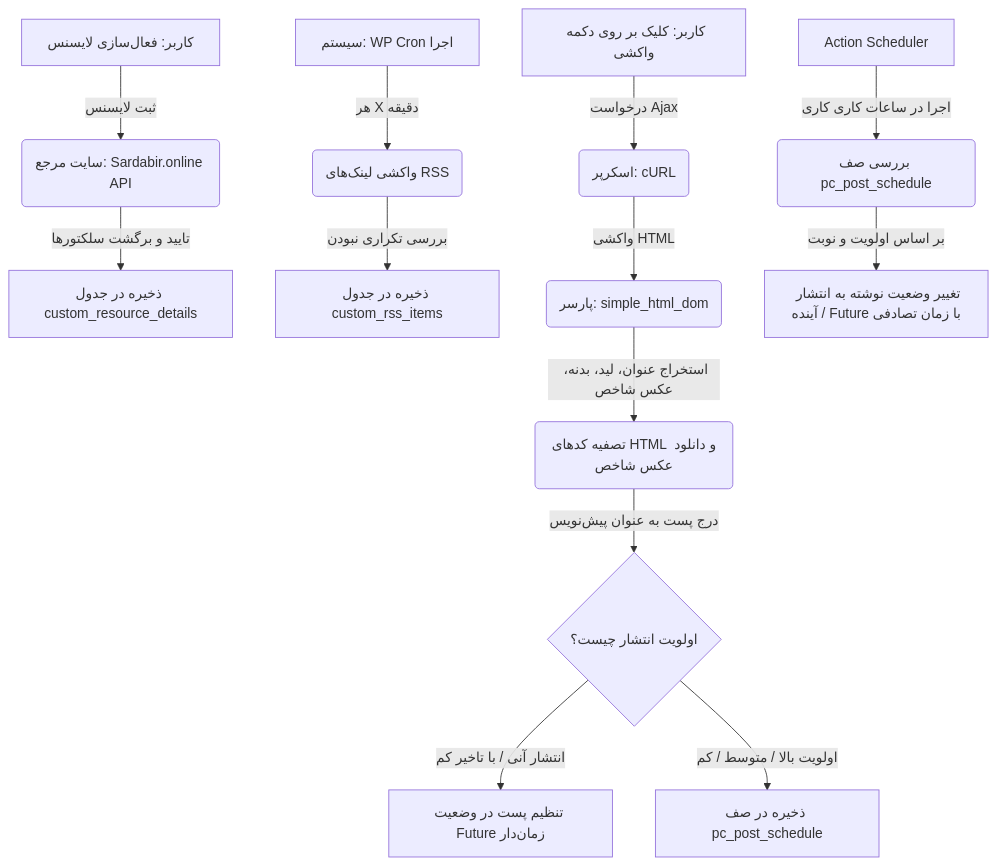
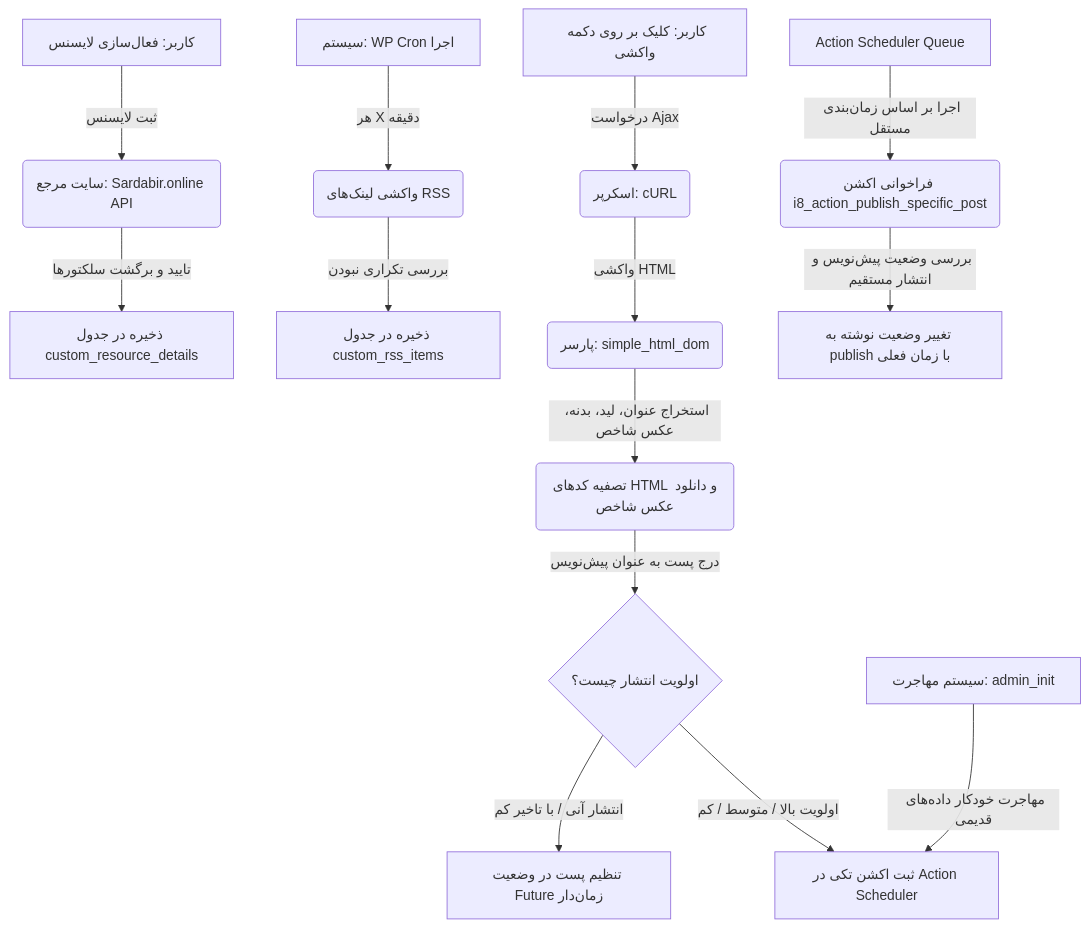
Before and after one commit to alimousavi68/dastyar-nasher: the diagram in README.md, drawn with Mermaid. The commit also changed other lines of this file and 9 other files, not shown here.

````diff
--- a/README.md
+++ b/README.md
@@ -104,19 +105,21 @@
 ```mermaid
 graph TD
     A[کاربر: فعال‌سازی لایسنس] -->|ثبت لایسنس| B(سایت مرجع: Sardabir.online API)
     B -->|تایید و برگشت سلکتورها| C[ذخیره در جدول custom_resource_details]
     
     D[سیستم: WP Cron اجرا] -->|هر X دقیقه| E(واکشی لینک‌های RSS)
     E -->|بررسی تکراری نبودن| F[ذخیره در جدول custom_rss_items]
     
     G[کاربر: کلیک بر روی دکمه واکشی] -->|درخواست Ajax| H(اسکرپر: cURL)
     H -->|واکشی HTML| I(پارسر: simple_html_dom)
     I -->|استخراج عنوان، لید، بدنه، عکس شاخص| J(تصفیه کدهای HTML و دانلود عکس شاخص)
     J -->|درج پست به عنوان پیش‌نویس| K{اولویت انتشار چیست؟}
     
     K -->|انتشار آنی / با تاخیر کم| L[تنظیم پست در وضعیت Future زمان‌دار]
-    K -->|اولویت بالا / متوسط / کم| M[ذخیره در صف pc_post_schedule]
+    K -->|اولویت بالا / متوسط / کم| M[ثبت اکشن تکی در Action Scheduler]
     
-    N[Action Scheduler] -->|اجرا در ساعات کاری کاری| O(بررسی صف pc_post_schedule)
-    O -->|بر اساس اولویت و نوبت| P[تغییر وضعیت نوشته به انتشار آینده / Future با زمان تصادفی]
+    N[Action Scheduler Queue] -->|اجرا بر اساس زمان‌بندی مستقل| O(فراخوانی اکشن i8_action_publish_specific_post)
+    O -->|بررسی وضعیت پیش‌نویس و انتشار مستقیم| P[تغییر وضعیت نوشته به publish با زمان فعلی]
+    
+    Q[سیستم مهاجرت: admin_init] -->|مهاجرت خودکار داده‌های قدیمی| M
 ```
````
